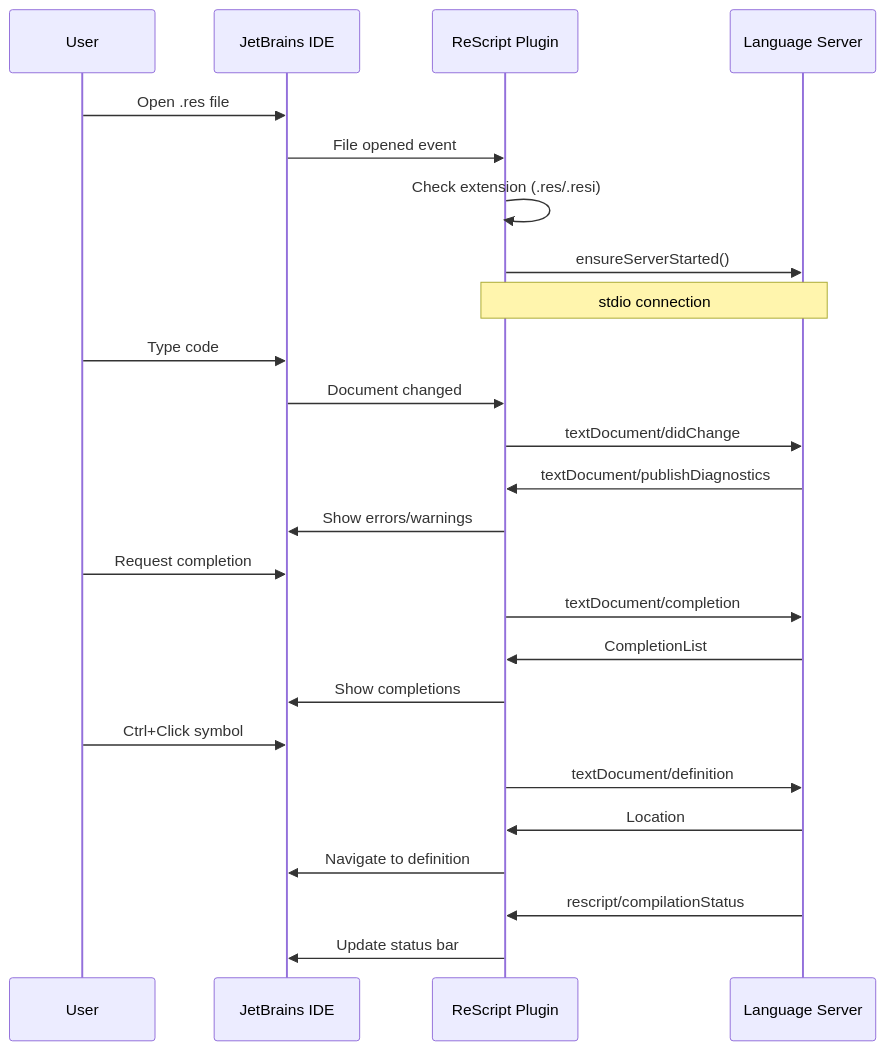
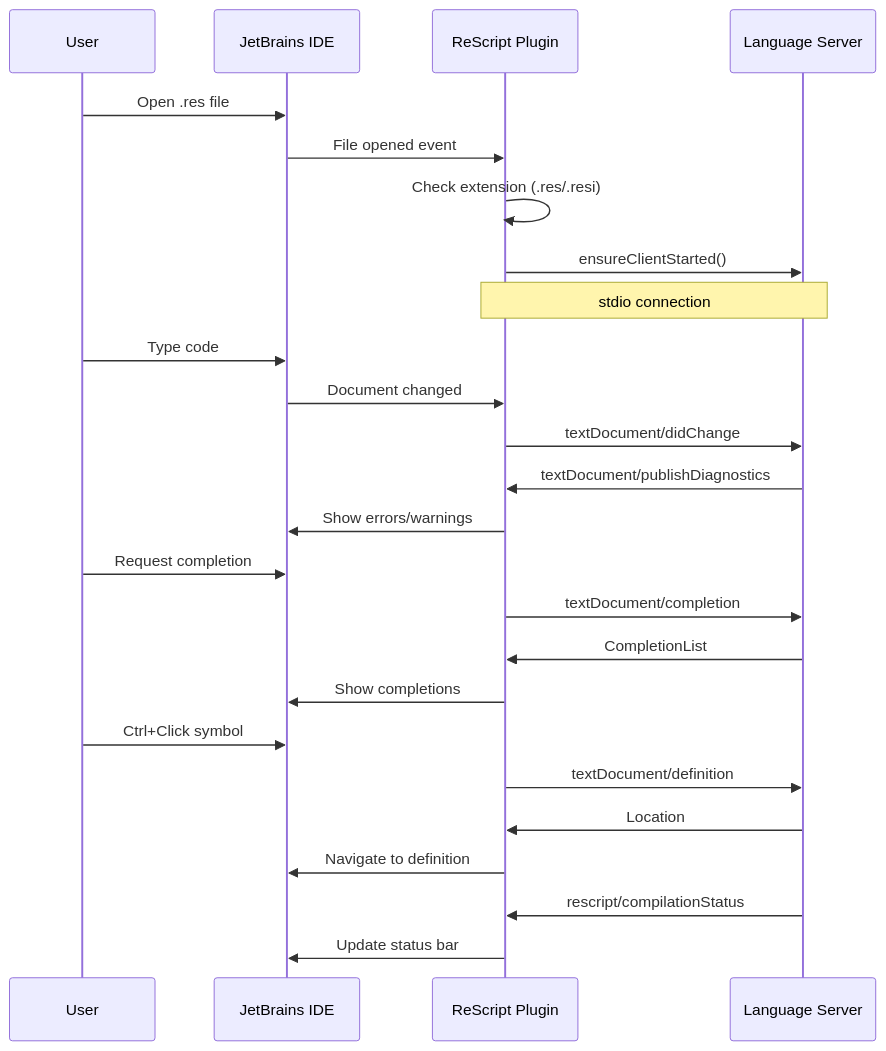
One commit to Nagatatz/rescript-intellij-plugin changed the third of 3 diagrams in sphinx-docs/dev/architecture.md. Above: the diagram before and after it, drawn with Mermaid. The commit also changed other lines of this file and 5 other files, not shown here.

First line of the commit message:
🔧 Remove LSP blanket exclusion from plugin verifier ignore list

````diff
--- a/sphinx-docs/dev/architecture.md
+++ b/sphinx-docs/dev/architecture.md
@@ -66,32 +66,32 @@
 ```{mermaid}
 sequenceDiagram
     participant User
     participant IDE as JetBrains IDE
     participant Plugin as ReScript Plugin
     participant LSP as Language Server
 
     User->>IDE: Open .res file
     IDE->>Plugin: File opened event
     Plugin->>Plugin: Check extension (.res/.resi)
-    Plugin->>LSP: ensureServerStarted()
+    Plugin->>LSP: ensureClientStarted()
     Note over Plugin,LSP: stdio connection
 
     User->>IDE: Type code
     IDE->>Plugin: Document changed
     Plugin->>LSP: textDocument/didChange
     LSP->>Plugin: textDocument/publishDiagnostics
     Plugin->>IDE: Show errors/warnings
 
     User->>IDE: Request completion
     Plugin->>LSP: textDocument/completion
     LSP->>Plugin: CompletionList
     Plugin->>IDE: Show completions
 
     User->>IDE: Ctrl+Click symbol
     Plugin->>LSP: textDocument/definition
     LSP->>Plugin: Location
     Plugin->>IDE: Navigate to definition
 
     LSP->>Plugin: rescript/compilationStatus
     Plugin->>IDE: Update status bar
 ```
````
